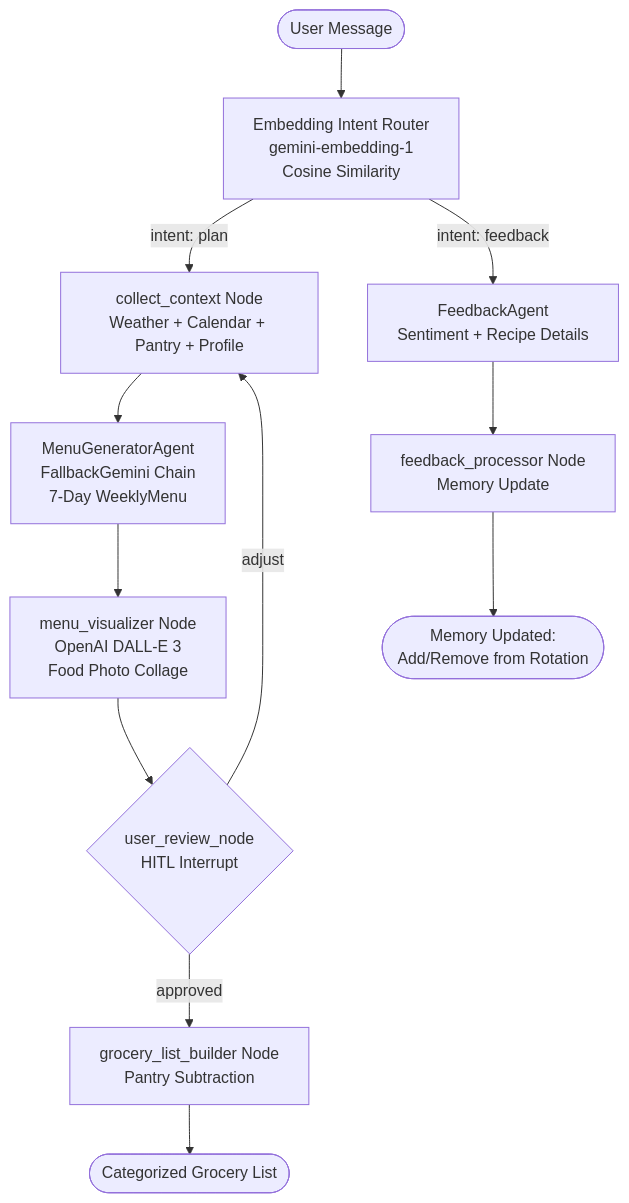
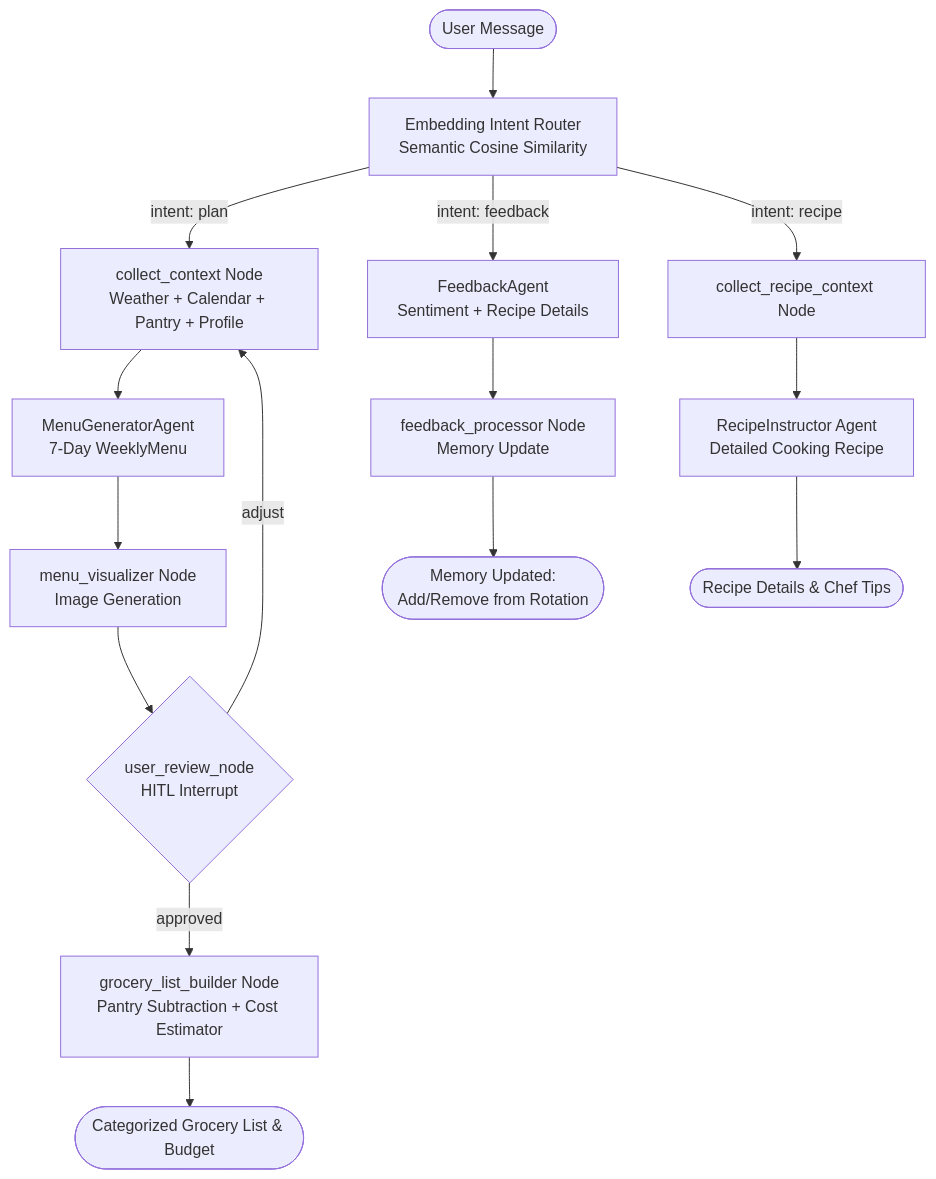
One commit to drakempham/meal-concierge-multi-agent changed the diagram in README.md. Above: the diagram before and after it, drawn with Mermaid. The commit also changed other lines of this file and 2 other files, not shown here.

Commit message:
Implement Recipent Instructor

````diff
--- a/README.md
+++ b/README.md
@@ -76,31 +55,33 @@
 ```mermaid
 graph TD
     User([User Message]) --> EmbeddingRouter[Embedding Intent Router
-gemini-embedding-1
-Cosine Similarity]
+Semantic Cosine Similarity]
     
     EmbeddingRouter -->|intent: plan| ContextNode[collect_context Node
 Weather + Calendar + Pantry + Profile]
     EmbeddingRouter -->|intent: feedback| FeedbackAgent[FeedbackAgent
 Sentiment + Recipe Details]
+    EmbeddingRouter -->|intent: recipe| RecipeCtx[collect_recipe_context Node]
     
     ContextNode --> MenuGen[MenuGeneratorAgent
-FallbackGemini Chain
 7-Day WeeklyMenu]
     MenuGen --> Visualizer[menu_visualizer Node
-    OpenAI DALL-E 3
-    Food Photo Collage]
+Image Generation]
     Visualizer --> UserReview{user_review_node
 HITL Interrupt}
     
     UserReview -->|approved| GroceryBuilder[grocery_list_builder Node
-Pantry Subtraction]
+Pantry Subtraction + Cost Estimator]
     UserReview -->|adjust| ContextNode
 
-    GroceryBuilder --> ShoppingList([Categorized Grocery List])
+    GroceryBuilder --> ShoppingList([Categorized Grocery List & Budget])
     
     FeedbackAgent --> FeedbackProcessor[feedback_processor Node
 Memory Update]
     FeedbackProcessor --> MemUpdate([Memory Updated:
 Add/Remove from Rotation])
+
+    RecipeCtx --> RecipeInstructor[RecipeInstructor Agent
+Detailed Cooking Recipe]
+    RecipeInstructor --> RecipeDetails([Recipe Details & Chef Tips])
 ```
````
